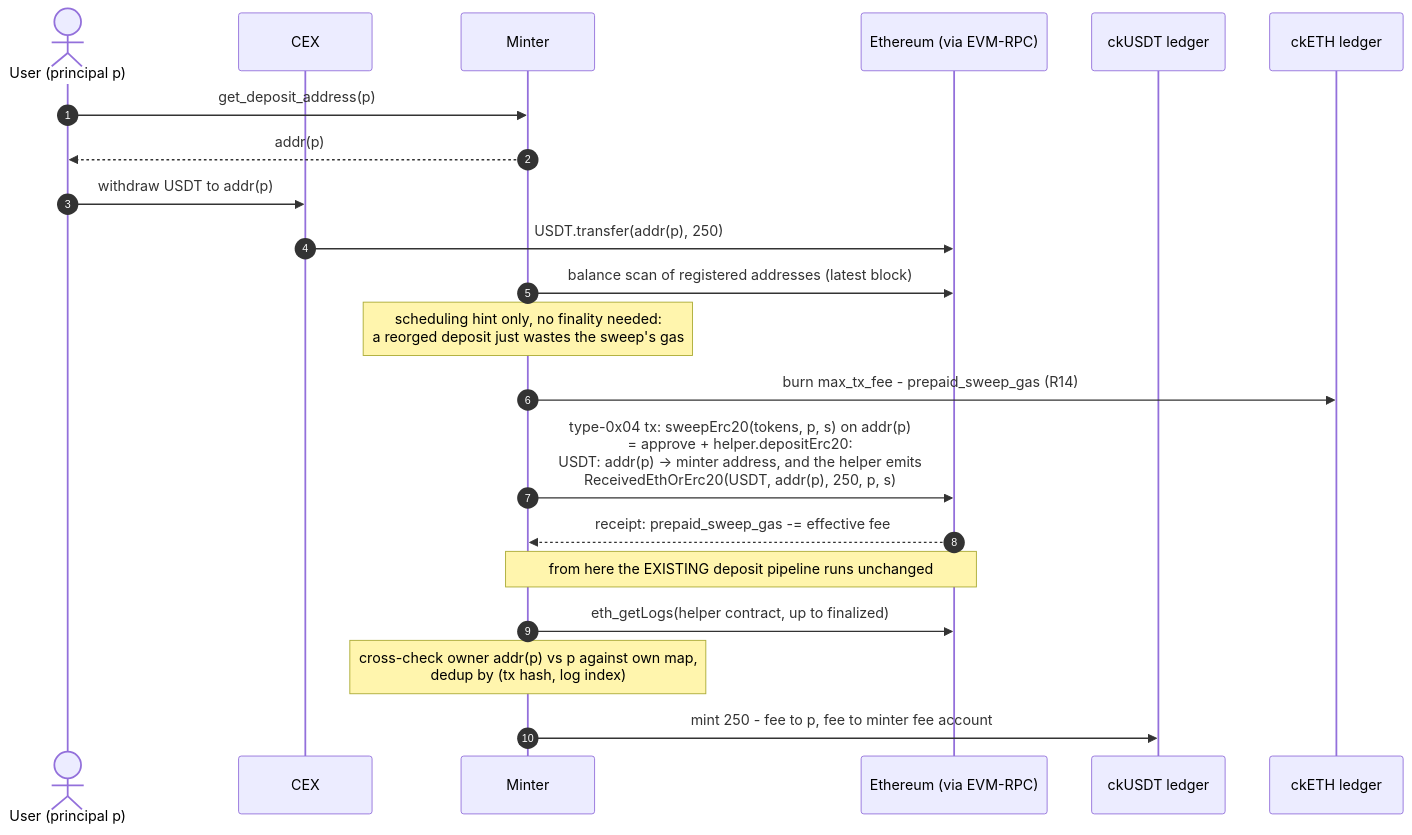
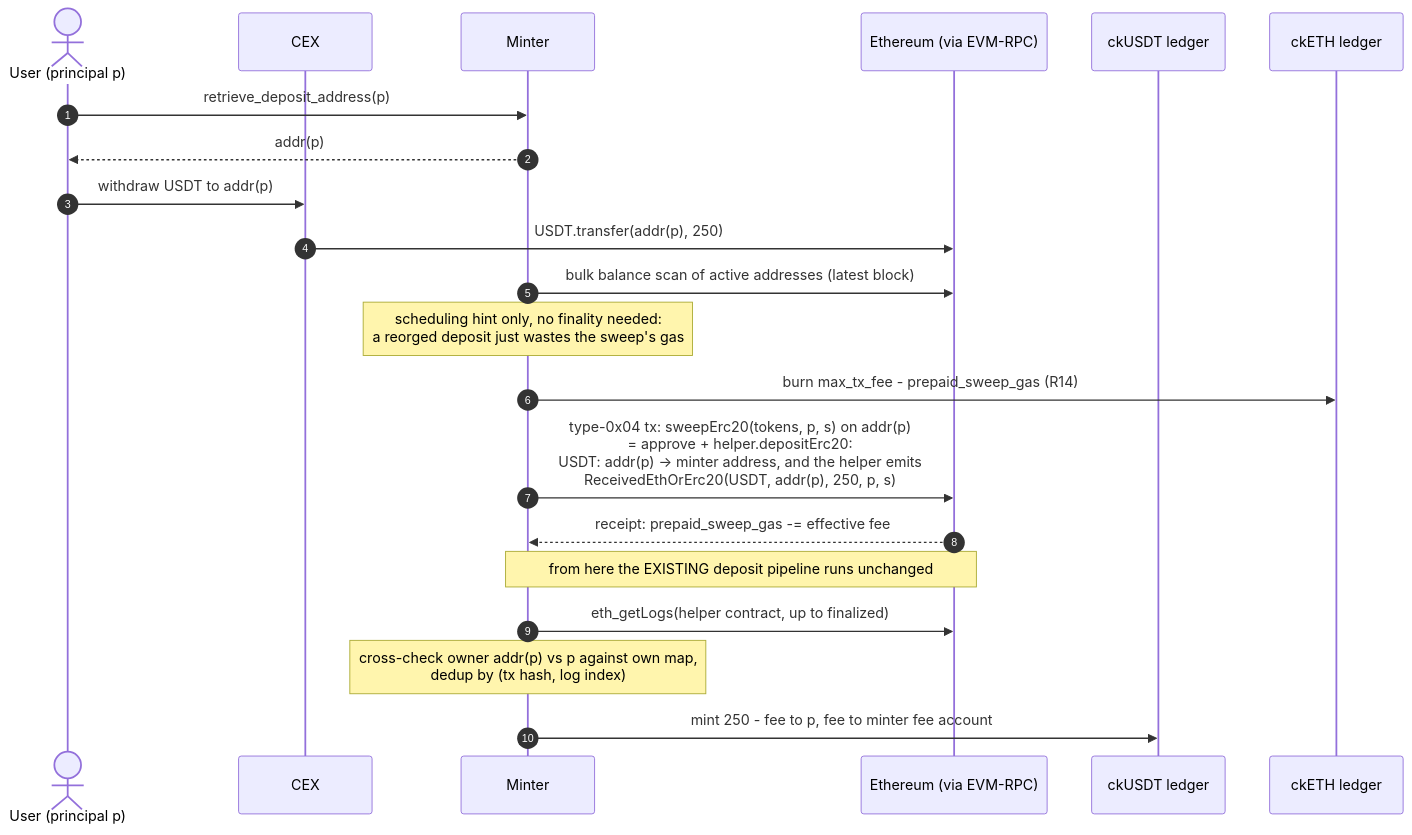
Before and after one commit to dfinity/ic: the second of 3 diagrams in rs/ethereum/cketh/docs/deposit_from_cex.md, drawn with Mermaid. The commit also changed other lines of this file, not shown here.

First line of the commit message:
docs: reorganize design doc into one section per flow step

````diff
--- a/rs/ethereum/cketh/docs/deposit_from_cex.md
+++ b/rs/ethereum/cketh/docs/deposit_from_cex.md
@@ -314,24 +214,24 @@
 ```mermaid
 sequenceDiagram
     autonumber
     actor User as User (principal p)
     participant CEX
     participant Minter
     participant Eth as Ethereum (via EVM-RPC)
     participant CkUsdtLedger as ckUSDT ledger
     participant CkEthLedger as ckETH ledger
 
-    User->>Minter: get_deposit_address(p)
+    User->>Minter: retrieve_deposit_address(p)
     Minter-->>User: addr(p)
     User->>CEX: withdraw USDT to addr(p)
     CEX->>Eth: USDT.transfer(addr(p), 250)
-    Minter->>Eth: balance scan of registered addresses (latest block)
+    Minter->>Eth: bulk balance scan of active addresses (latest block)
     Note over Minter: scheduling hint only, no finality needed:<br/>a reorged deposit just wastes the sweep's gas
     Minter->>CkEthLedger: burn max_tx_fee - prepaid_sweep_gas (R14)
     Minter->>Eth: type-0x04 tx: sweepErc20(tokens, p, s) on addr(p)<br/>= approve + helper.depositErc20:<br/>USDT: addr(p) -> minter address, and the helper emits<br/>ReceivedEthOrErc20(USDT, addr(p), 250, p, s)
     Eth-->>Minter: receipt: prepaid_sweep_gas -= effective fee
     Note over Minter,Eth: from here the EXISTING deposit pipeline runs unchanged
     Minter->>Eth: eth_getLogs(helper contract, up to finalized)
     Note over Minter: cross-check owner addr(p) vs p against own map,<br/>dedup by (tx hash, log index)
     Minter->>CkUsdtLedger: mint 250 - fee to p, fee to minter fee account
 ```
````
